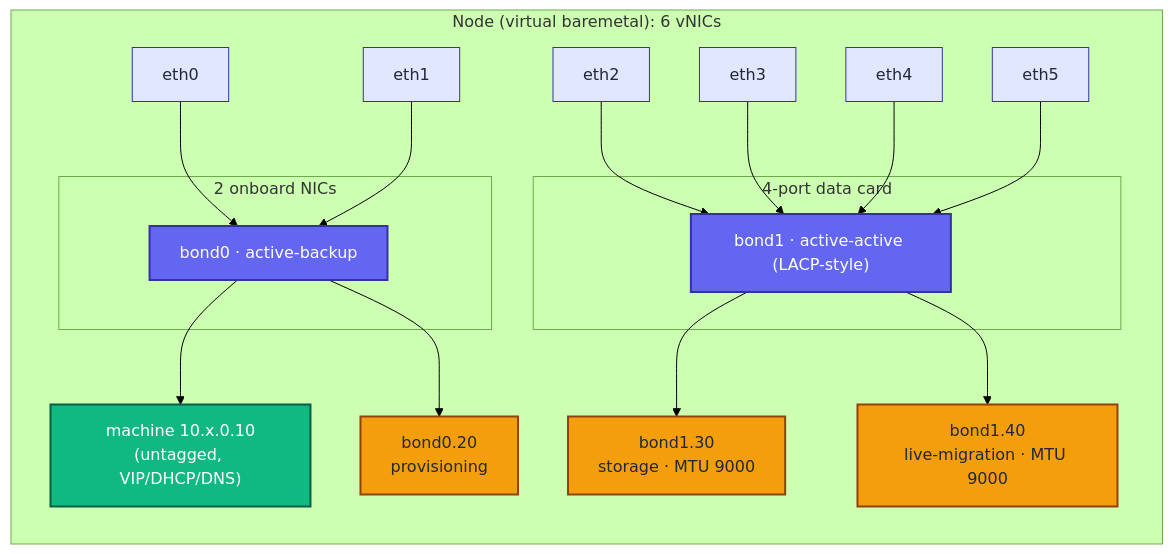
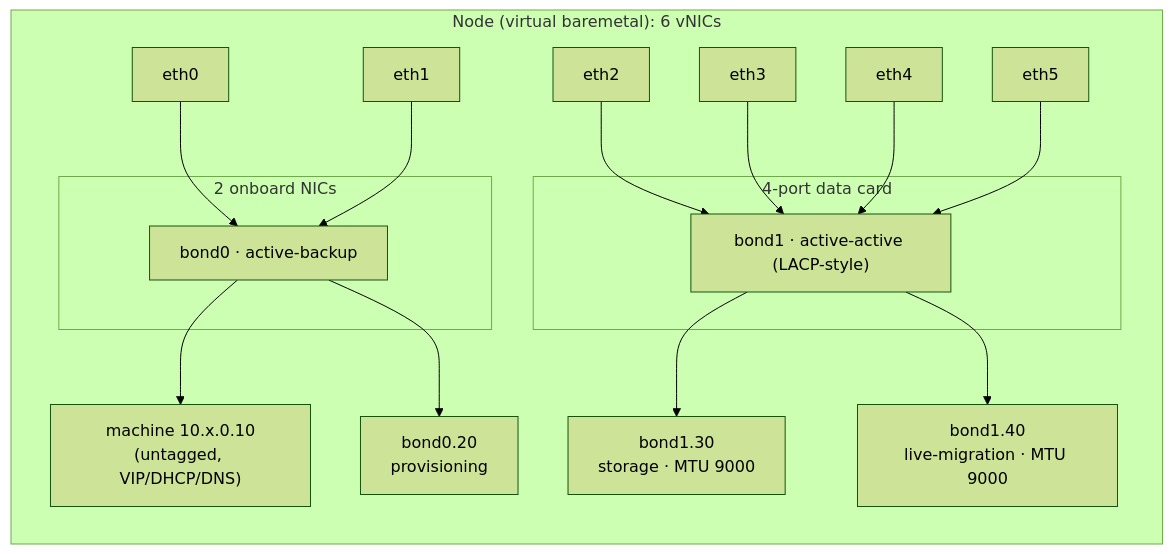
Before and after one commit to maci0/vmetal-openshift: the first of 10 diagrams in docs/architecture.md, drawn with Mermaid (forest theme). The commit also changed other lines of this file and 1 other file, not shown here.

First line of the commit message:
docs: redo topology diagrams as clean layered reference architectures

````diff
--- a/docs/architecture.md
+++ b/docs/architecture.md
@@ -35,33 +35,25 @@
 ```mermaid
 flowchart LR
   subgraph node["Node (virtual baremetal): 6 vNICs"]
     direction TB
     e0["eth0"]; e1["eth1"]
     e2["eth2"]; e3["eth3"]; e4["eth4"]; e5["eth5"]
     subgraph onboard["2 onboard NICs"]
       b0["bond0 · active-backup"]
     end
     subgraph card["4-port data card"]
       b1["bond1 · active-active (LACP-style)"]
     end
     m["machine 10.x.0.10<br/>(untagged, VIP/DHCP/DNS)"]
     p["bond0.20<br/>provisioning"]
     s["bond1.30<br/>storage · MTU 9000"]
     mig["bond1.40<br/>live-migration · MTU 9000"]
   end
   e0 --> b0; e1 --> b0
   e2 --> b1; e3 --> b1; e4 --> b1; e5 --> b1
   b0 --> m
   b0 --> p
   b1 --> s
   b1 --> mig
 
-  classDef nic fill:#e0e7ff,stroke:#3730a3,color:#1f2937;
-  classDef bond fill:#6366f1,stroke:#3730a3,color:#fff,stroke-width:2px;
-  classDef untag fill:#10b981,stroke:#065f46,color:#fff,stroke-width:2px;
-  classDef vlan fill:#f59e0b,stroke:#92400e,color:#1f2937,stroke-width:2px;
-  class e0,e1,e2,e3,e4,e5 nic;
-  class b0,b1 bond;
-  class m untag;
-  class p,s,mig vlan;
 ```
````
